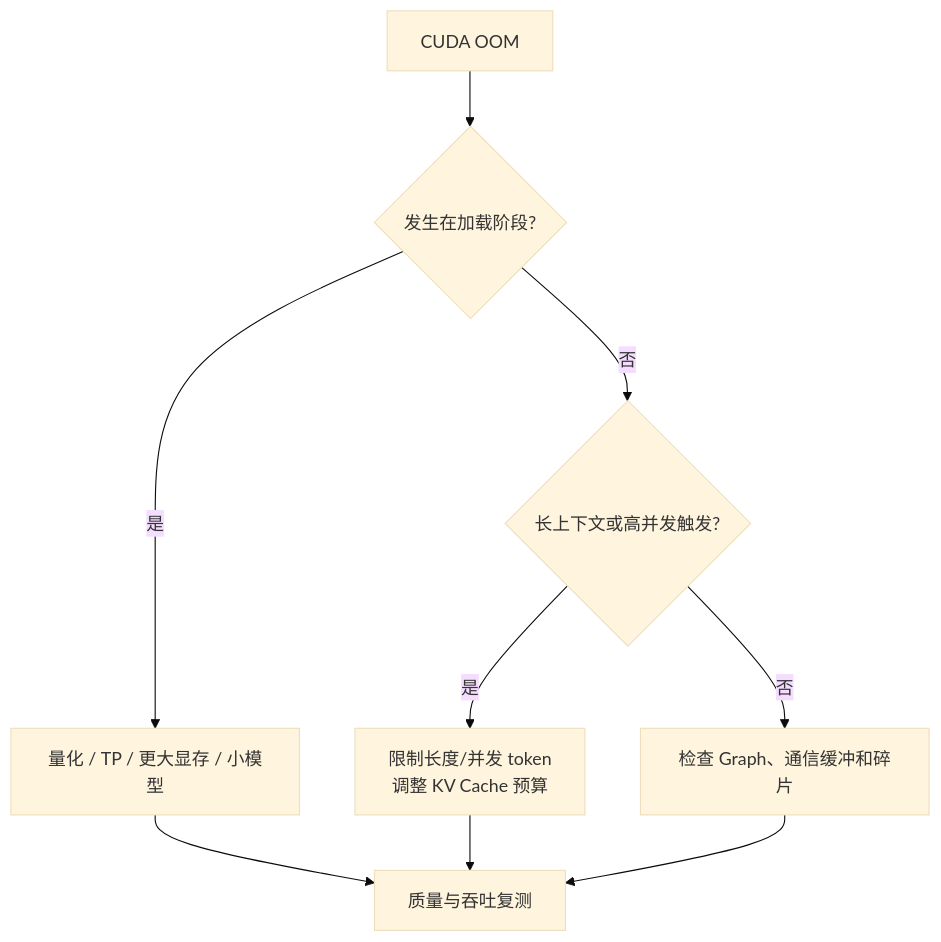
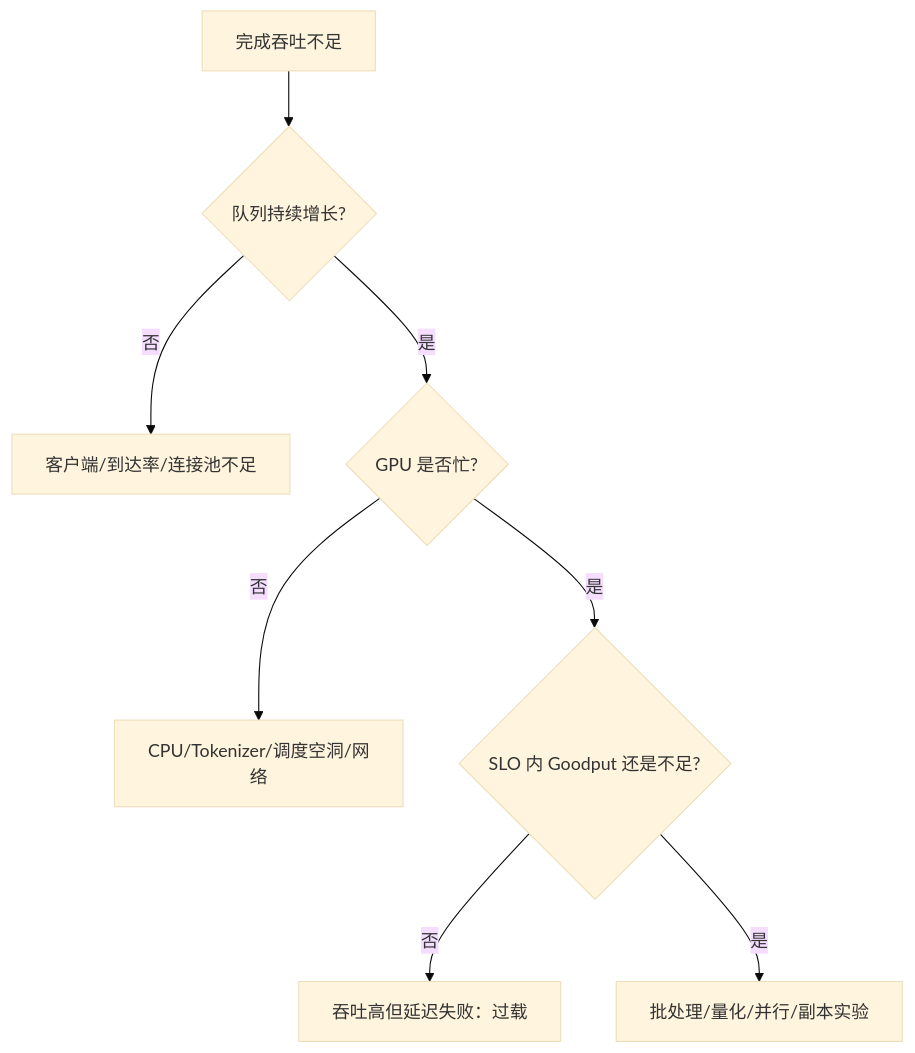
One commit to caomaolufei/AIInfraGuide changed the seventh of 9 diagrams in docs/guides/模块四-推理优化/第11章-推理优化选型与端到端实战/11.1-优化选型决策树.md. Above: the diagram before and after it, drawn with Mermaid (base theme). The commit also changed other lines of this file and 53 other files, not shown here.

````diff
--- a/docs/guides/模块四-推理优化/第11章-推理优化选型与端到端实战/11.1-优化选型决策树.md
+++ b/docs/guides/模块四-推理优化/第11章-推理优化选型与端到端实战/11.1-优化选型决策树.md
@@ -143,11 +596,10 @@
 ```mermaid
 flowchart TD
-    O["CUDA OOM"] --> P{"发生在加载阶段?"}
-    P -->|是| Q["量化 / TP / 更大显存 / 小模型"]
-    P -->|否| R{"长上下文或高并发触发?"}
-    R -->|是| S["限制长度/并发 token\n调整 KV Cache 预算"]
-    R -->|否| T["检查 Graph、通信缓冲和碎片"]
-    Q --> V["质量与吞吐复测"]
-    S --> V
-    T --> V
+    T["完成吞吐不足"] --> Q{"队列持续增长?"}
+    Q -->|否| C["客户端/到达率/连接池不足"]
+    Q -->|是| G{"GPU 是否忙?"}
+    G -->|否| H["CPU/Tokenizer/调度空洞/网络"]
+    G -->|是| S{"SLO 内 Goodput 还是不足?"}
+    S -->|否| L["吞吐高但延迟失败：过载"]
+    S -->|是| O["批处理/量化/并行/副本实验"]
 ```
````
